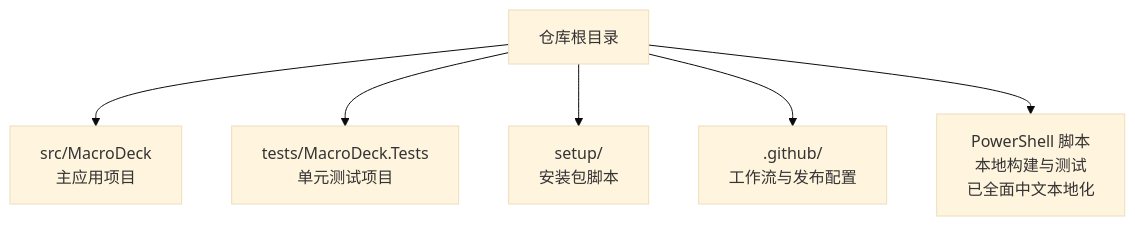
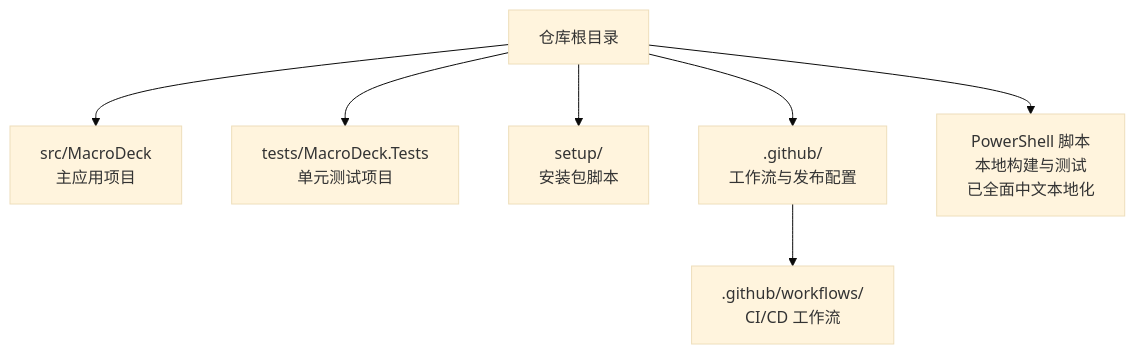
Before and after one commit to tea4go/Macro-Deck: the first of 5 diagrams in .qoder/repowiki/zh/content/开发者指南/开发者指南.md, drawn with Mermaid (base theme). The commit also changed other lines of this file and 33 other files, not shown here.

````diff
--- a/.qoder/repowiki/zh/content/开发者指南/开发者指南.md
+++ b/.qoder/repowiki/zh/content/开发者指南/开发者指南.md
@@ -53,14 +59,16 @@
 ```mermaid
 graph TB
 Root["仓库根目录"]
 Src["src/MacroDeck<br/>主应用项目"]
 Tests["tests/MacroDeck.Tests<br/>单元测试项目"]
 Setup["setup/<br/>安装包脚本"]
 GH[".github/<br/>工作流与发布配置"]
 PS["PowerShell 脚本<br/>本地构建与测试<br/>已全面中文本地化"]
+GHWF[".github/workflows/<br/>CI/CD 工作流"]
 Root --> Src
 Root --> Tests
 Root --> Setup
 Root --> GH
 Root --> PS
+GH --> GHWF
 ```
````
